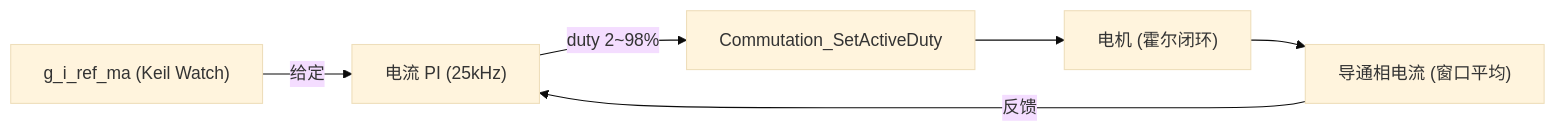
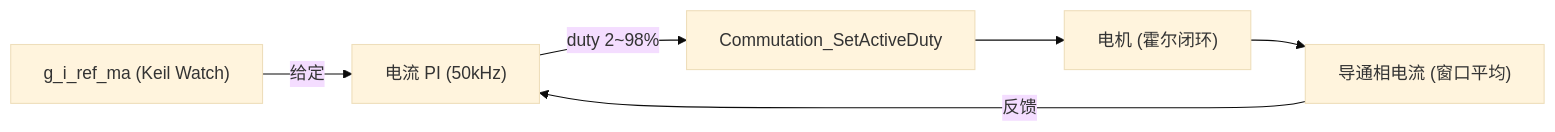
Before and after one commit to HCHCHC99/WS_L: the second of 2 diagrams in ws_L_v.1.0.2/PI电流环.md, drawn with Mermaid (base theme). The commit also changed other lines of this file and 6 other files, not shown here.

````diff
--- a/ws_L_v.1.0.2/PI电流环.md
+++ b/ws_L_v.1.0.2/PI电流环.md
@@ -157,8 +157,8 @@
 ```mermaid
 flowchart LR
-    REF["g_i_ref_ma (Keil Watch)"] -->|给定| PI["电流 PI (25kHz)"]
+    REF["g_i_ref_ma (Keil Watch)"] -->|给定| PI["电流 PI (50kHz)"]
     FB["导通相电流 (窗口平均)"] -->|反馈| PI
     PI -->|duty 2~98%| DUTY["Commutation_SetActiveDuty"]
     DUTY --> M["电机 (霍尔闭环)"]
     M --> FB
 ```
````
